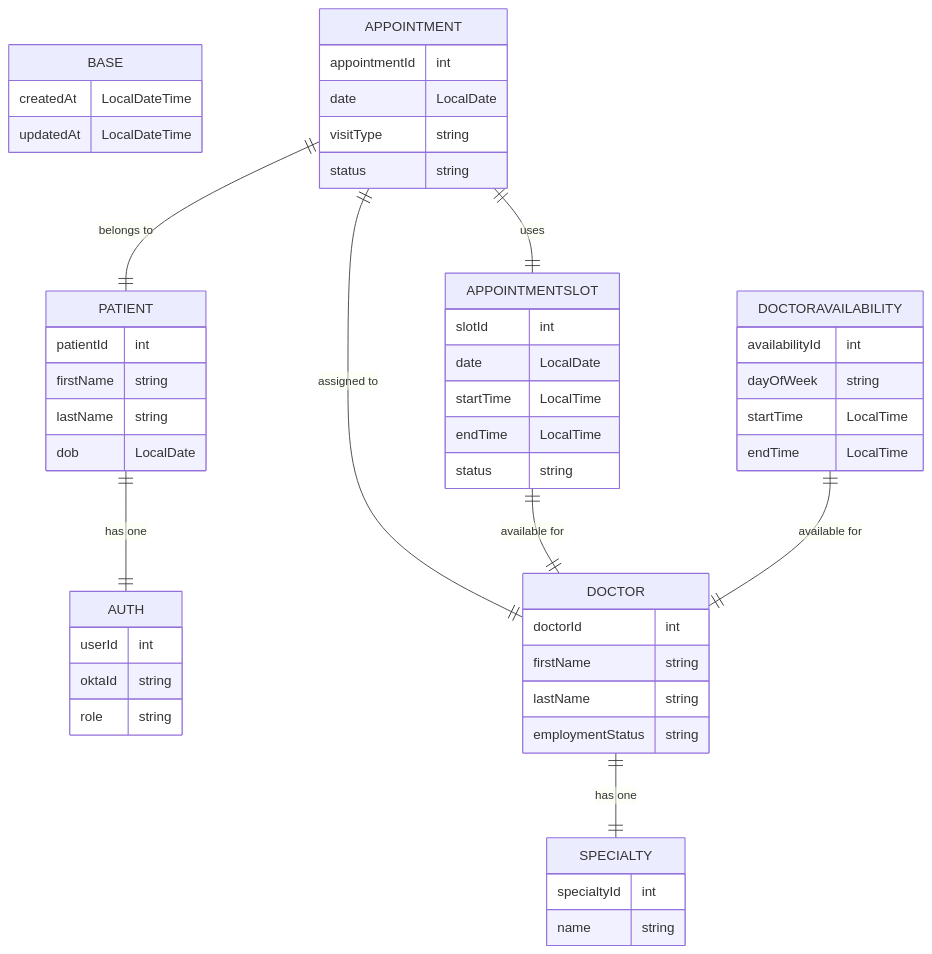
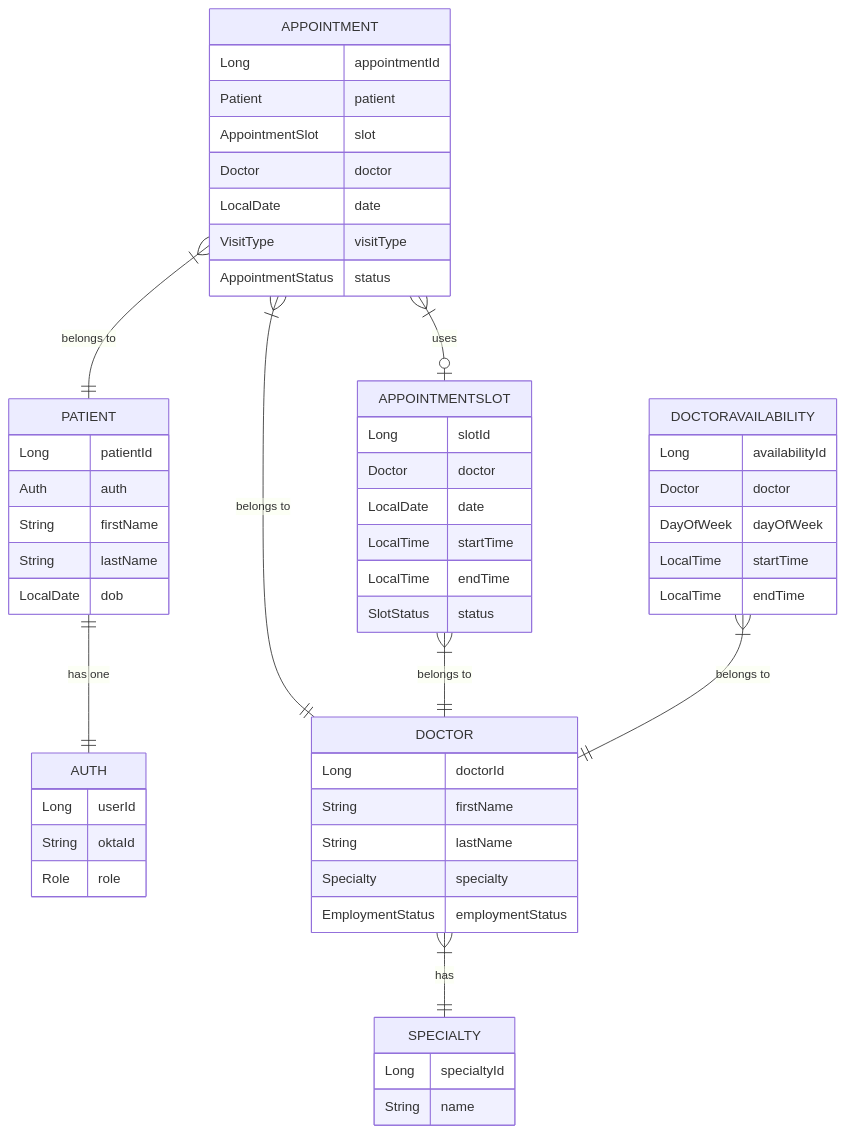
The diagram in README.md (York-Solutions-B2E/tsg-10-med-booking-rodrigo-cornidez), drawn with Mermaid before and after one commit.

Commit message:
Updated mermaid ERD to use proper relationship syntax

````diff
--- a/README.md
+++ b/README.md
@@ -70,63 +70,62 @@
 ```mermaid
 erDiagram
-    BASE {
-        createdAt LocalDateTime
-        updatedAt LocalDateTime
+    APPOINTMENT {
+        Long appointmentId
+        Patient patient
+        AppointmentSlot slot
+        Doctor doctor
+        LocalDate date
+        VisitType visitType
+        AppointmentStatus status
+    }
+    APPOINTMENTSLOT {
+        Long slotId
+        Doctor doctor
+        LocalDate date
+        LocalTime startTime
+        LocalTime endTime
+        SlotStatus status
+    }
+    AUTH {
+        Long userId
+        String oktaId
+        Role role
+    }
+    DOCTOR {
+        Long doctorId
+        String firstName
+        String lastName
+        Specialty specialty
+        EmploymentStatus employmentStatus
+    }
+    DOCTORAVAILABILITY {
+        Long availabilityId
+        Doctor doctor
+        DayOfWeek dayOfWeek
+        LocalTime startTime
+        LocalTime endTime
+    }
+    PATIENT {
+        Long patientId
+        Auth auth
+        String firstName
+        String lastName
+        LocalDate dob
+    }
+    SPECIALTY {
+        Long specialtyId
+        String name
     }
 
-    AUTH {
-        userId int
-        oktaId string
-        role string
-    }
+    APPOINTMENT }|--|| PATIENT : "belongs to"
+    APPOINTMENT }|--|| DOCTOR : "belongs to"
+    APPOINTMENT }|--o| APPOINTMENTSLOT : "uses"
 
-    PATIENT {
-        patientId int
-        firstName string
-        lastName string
-        dob LocalDate
-    }
+    APPOINTMENTSLOT }|--|| DOCTOR : "belongs to"
+
+    DOCTOR }|--|| SPECIALTY : "has"
+    DOCTORAVAILABILITY }|--|| DOCTOR : "belongs to"
+
     PATIENT ||--|| AUTH : "has one"
 
-    SPECIALTY {
-        specialtyId int
-        name string
-    }
-
-    DOCTOR {
-        doctorId int
-        firstName string
-        lastName string
-        employmentStatus string
-    }
-    DOCTOR ||--|| SPECIALTY : "has one"
-
-    APPOINTMENT {
-        appointmentId int
-        date LocalDate
-        visitType string
-        status string
-    }
-    APPOINTMENT ||--|| PATIENT : "belongs to"
-    APPOINTMENT ||--|| DOCTOR : "assigned to"
-    APPOINTMENT ||--|| APPOINTMENTSLOT : "uses"
-
-    APPOINTMENTSLOT {
-        slotId int
-        date LocalDate
-        startTime LocalTime
-        endTime LocalTime
-        status string
-    }
-    APPOINTMENTSLOT ||--|| DOCTOR : "available for"
-
-    DOCTORAVAILABILITY {
-        availabilityId int
-        dayOfWeek string
-        startTime LocalTime
-        endTime LocalTime
-    }
-    DOCTORAVAILABILITY ||--|| DOCTOR : "available for"
-
-
 ```
````
